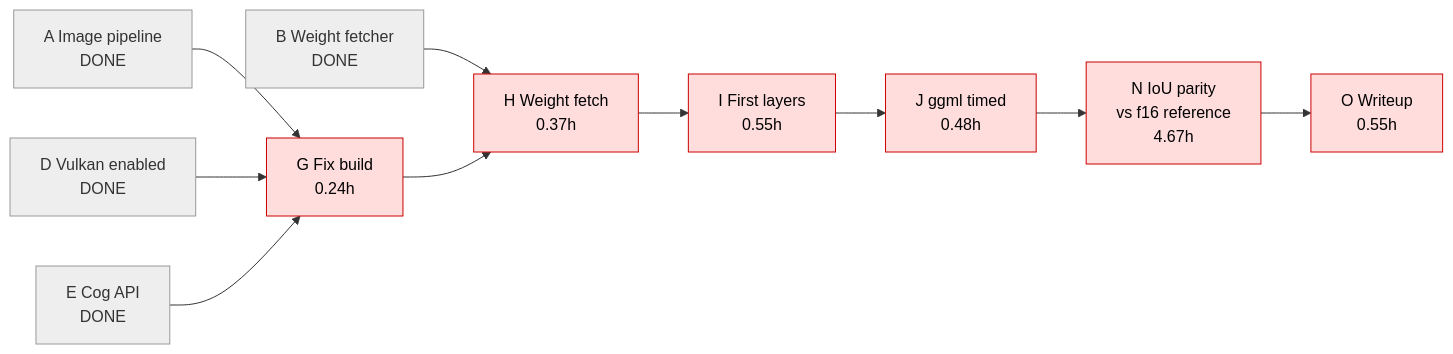
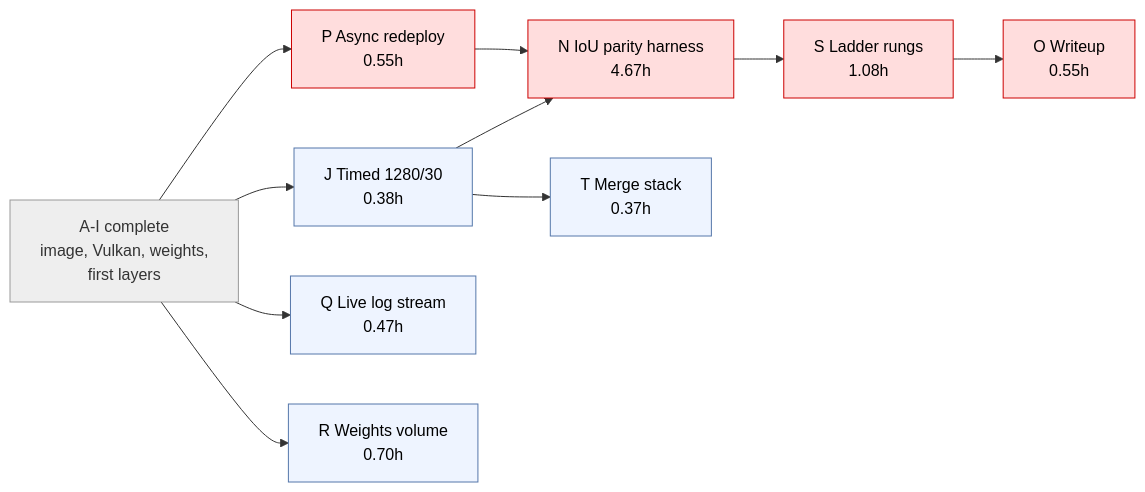
Before and after one commit to weftspun/interactor-seethrough-ggml: the first of 2 diagrams in docs/benchmark-pert.md, drawn with Mermaid. The commit also changed other lines of this file, not shown here.

Commit message:
Re-model the critical path after the first successful runs

````diff
--- a/docs/benchmark-pert.md
+++ b/docs/benchmark-pert.md
@@ -58,17 +50,19 @@
 ```mermaid
 flowchart LR
-  A[A Image pipeline<br/>DONE] --> G
-  D[D Vulkan enabled<br/>DONE] --> G
-  E[E Cog API<br/>DONE] --> G
-  B[B Weight fetcher<br/>DONE] --> H
-  G[G Fix build<br/>0.24h] --> H[H Weight fetch<br/>0.37h]
-  H --> I[I First layers<br/>0.55h]
-  I --> J[J ggml timed<br/>0.48h]
-  J --> N[N IoU parity<br/>vs f16 reference<br/>4.67h]
-  N --> O[O Writeup<br/>0.55h]
+  DONE[A-I complete<br/>image, Vulkan, weights,<br/>first layers] --> J[J Timed 1280/30<br/>0.38h]
+  DONE --> P[P Async redeploy<br/>0.55h]
+  DONE --> Q[Q Live log stream<br/>0.47h]
+  DONE --> R[R Weights volume<br/>0.70h]
+  J --> N[N IoU parity harness<br/>4.67h]
+  P --> N
+  N --> S[S Ladder rungs<br/>1.08h]
+  S --> O[O Writeup<br/>0.55h]
+  J --> T[T Merge stack<br/>0.37h]
 
   classDef crit fill:#ffdddd,stroke:#cc0000,color:#000;
+  classDef off fill:#eef4ff,stroke:#5577aa,color:#000;
   classDef done fill:#eeeeee,stroke:#999999,color:#333;
-  class G,H,I,J,N,O crit;
-  class A,B,C,D,E done;
+  class P,N,S,O crit;
+  class J,Q,R,T off;
+  class DONE done;
 ```
````
